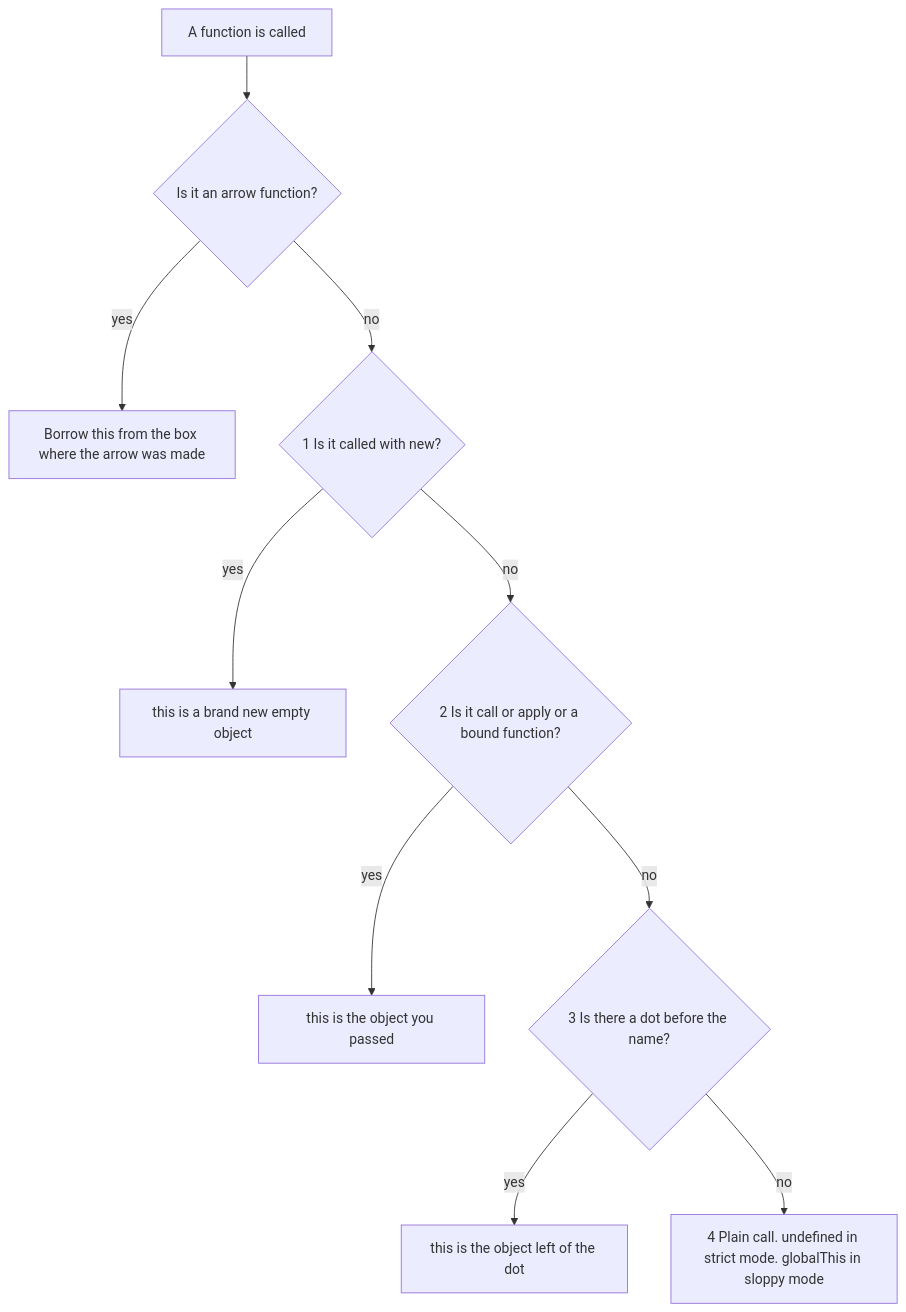
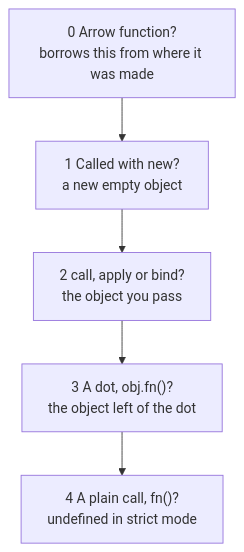
One commit to starjustice/research-material changed the first of 3 diagrams in learn/javascript/06-this-call-apply-and-bind.md. Above: the diagram before and after it, drawn with Mermaid. The commit also changed other lines of this file, not shown here.

Commit message:
Reshape JavaScript lesson 06 (this, call, apply and bind) into short cards with guess bars and blue More detail bars

````diff
--- a/learn/javascript/06-this-call-apply-and-bind.md
+++ b/learn/javascript/06-this-call-apply-and-bind.md
@@ -35,12 +15,7 @@
 ```mermaid
 graph TB
-    A["A function is called"] --> Q0{"Is it an arrow function?"}
-    Q0 -->|yes| R0["Borrow this from the box where the arrow was made"]
-    Q0 -->|no| Q1{"1 Is it called with new?"}
-    Q1 -->|yes| R1["this is a brand new empty object"]
-    Q1 -->|no| Q2{"2 Is it call or apply or a bound function?"}
-    Q2 -->|yes| R2["this is the object you passed"]
-    Q2 -->|no| Q3{"3 Is there a dot before the name?"}
-    Q3 -->|yes| R3["this is the object left of the dot"]
-    Q3 -->|no| R4["4 Plain call. undefined in strict mode. globalThis in sloppy mode"]
+    Q0["0 Arrow function?<br/>borrows this from where it was made"] --> Q1["1 Called with new?<br/>a new empty object"]
+    Q1 --> Q2["2 call, apply or bind?<br/>the object you pass"]
+    Q2 --> Q3["3 A dot, obj.fn()?<br/>the object left of the dot"]
+    Q3 --> Q4["4 A plain call, fn()?<br/>undefined in strict mode"]
 ```
````
